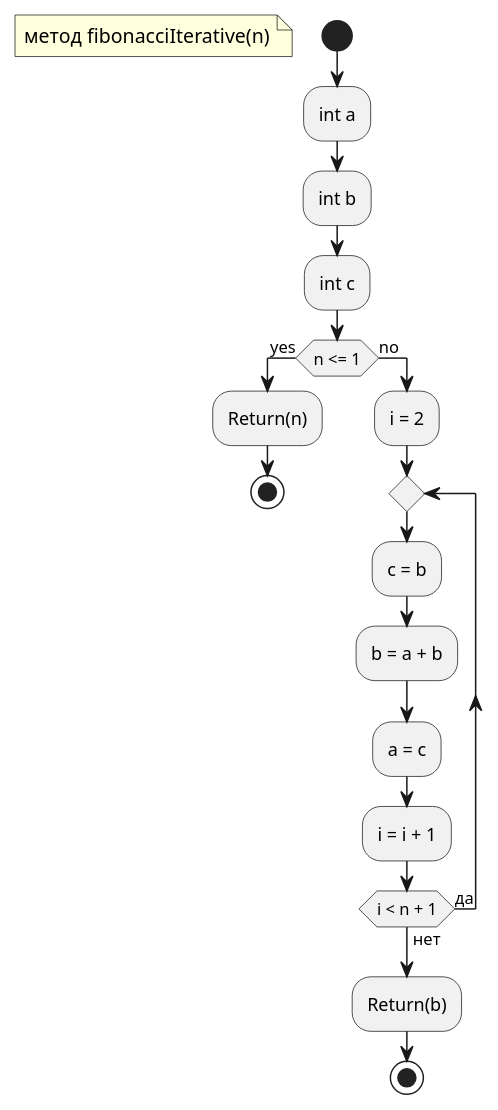
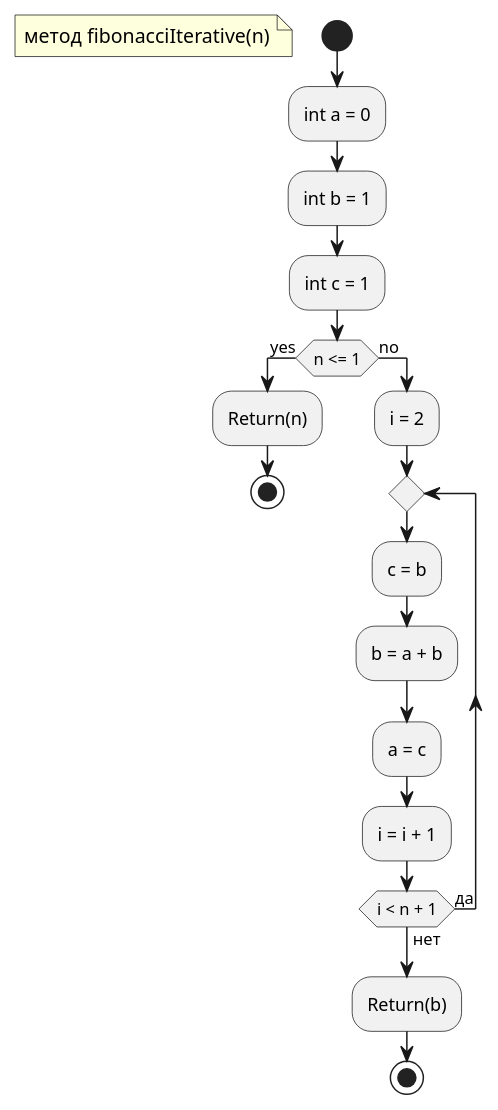
The diagram in src/main/java/UML/fibonacciIterativeActivity.puml (PikaLuba/HW5), drawn with PlantUML before and after one commit.

Commit message:
change fibanacciIterative

```diff
--- a/src/main/java/UML/fibonacciIterativeActivity.puml
+++ b/src/main/java/UML/fibonacciIterativeActivity.puml
@@ -1,26 +1,26 @@
 @startuml
 'https://plantuml.com/activity-diagram-beta
 
 start
 floating note left: метод fibonacciIterative(n)
 
-:int a;
-:int b;
-:int c;
+:int a = 0;
+:int b = 1;
+:int c = 1;
 
 if (n <= 1) then (yes)
       :Return(n);
       stop
 else (no)
    :i = 2;
    repeat
      :c = b;
      :b = a + b;
      :a = c;
      :i = i + 1;
    repeat while (i < n + 1) is (да) not (нет)
    :Return(b);
    stop
 endif
 
 @enduml
```
